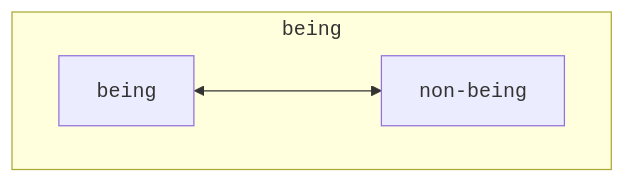
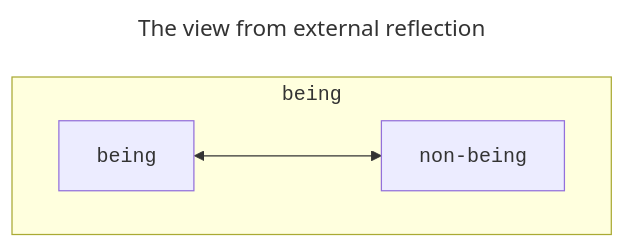
One commit to systemphil/sphil changed the second of 2 diagrams in content/hegel/reference/existence/development.mdx. Above: the diagram before and after it, drawn with Mermaid. The commit also changed other lines of this file and 2 other files, not shown here.

Commit message:
refactor: final edits, better flow of language etc

````diff
--- a/content/hegel/reference/existence/development.mdx
+++ b/content/hegel/reference/existence/development.mdx
@@ -60,6 +154,9 @@
 ```mermaid
+---
+title: The view from external reflection
+---
 flowchart TB
     subgraph being_as_process["<code>being</code>"]
     being_a["<code>being</code>"] <---> nothing_a["<code>non-being</code>"]
     end
 ```
````
